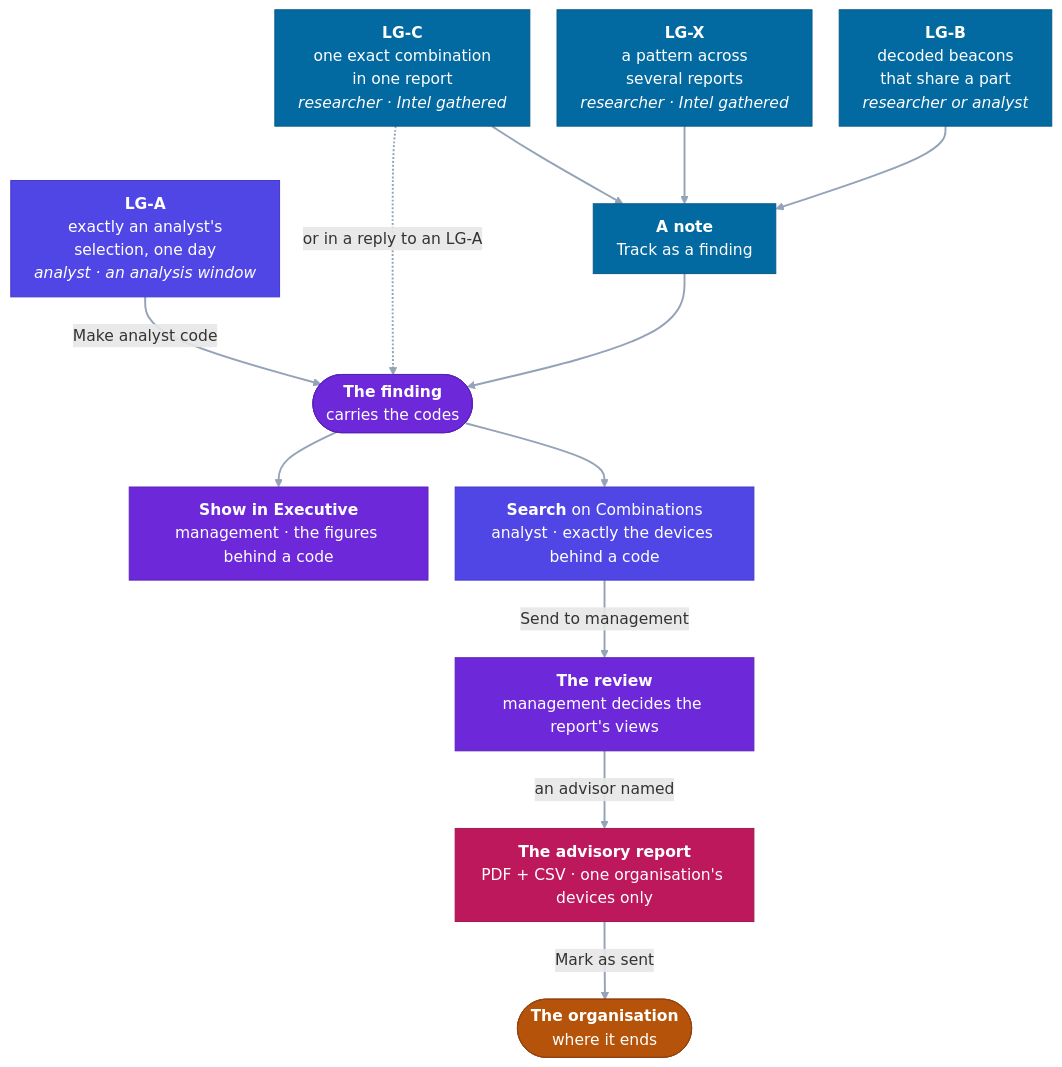
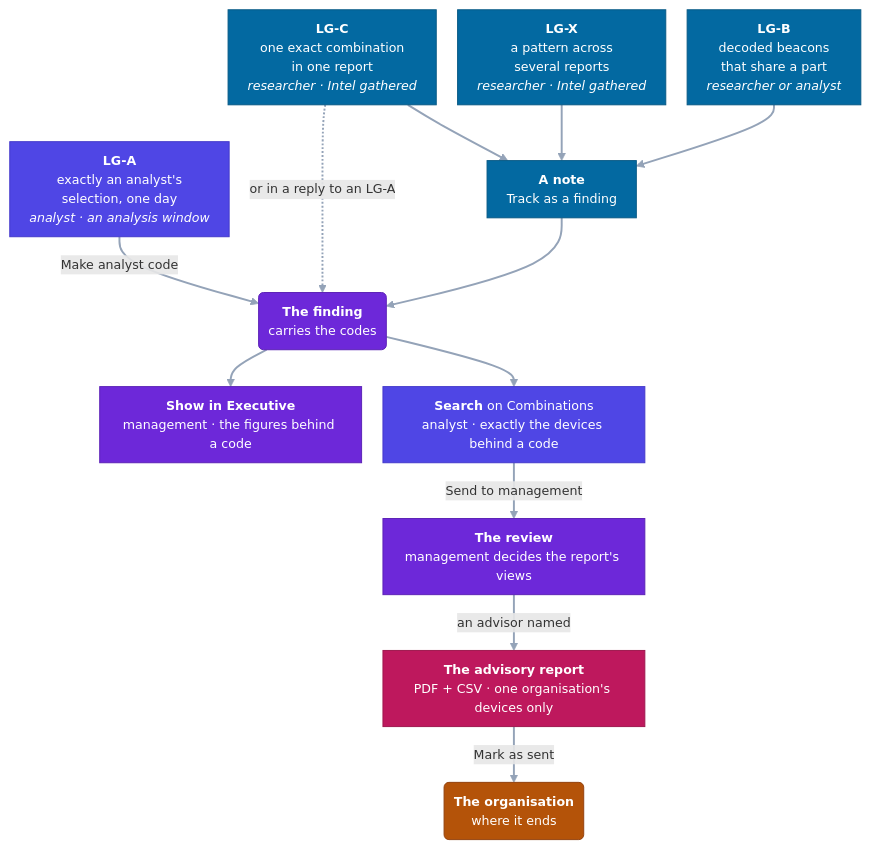
Before and after one commit to anonghosty/looking-glass: the second of 7 diagrams in docs/USE_CASES.md, drawn with Mermaid. The commit also changed other lines of this file and 3 other files, not shown here.

First line of the commit message:
Docs: compact diagrams, and the people as the roles are

````diff
--- a/docs/USE_CASES.md
+++ b/docs/USE_CASES.md
@@ -100,33 +103,33 @@
 ```mermaid
-%%{init: {"flowchart": {"curve": "basis", "nodeSpacing": 28, "rankSpacing": 56, "padding": 12, "wrappingWidth": 260}}}%%
+%%{init: {"themeVariables": {"fontSize": "13px"}, "flowchart": {"curve": "basis", "nodeSpacing": 22, "rankSpacing": 38, "padding": 10, "wrappingWidth": 230}}}%%
 flowchart TD
     CC["<b>LG-C</b><br/>one exact combination<br/>in one report<br/><i>researcher · Intel gathered</i>"]:::research
     CX["<b>LG-X</b><br/>a pattern across<br/>several reports<br/><i>researcher · Intel gathered</i>"]:::research
     CB["<b>LG-B</b><br/>decoded beacons<br/>that share a part<br/><i>researcher or analyst</i>"]:::research
     CA["<b>LG-A</b><br/>exactly an analyst's<br/>selection, one day<br/><i>analyst · an analysis window</i>"]:::analyst
     N["<b>A note</b><br/>Track as a finding"]:::research
-    F(["<b>The finding</b><br/>carries the codes"]):::mgmt
+    F("<b>The finding</b><br/>carries the codes"):::mgmt
     E["<b>Show in Executive</b><br/>management · the figures behind a code"]:::mgmt
     S["<b>Search</b> on Combinations<br/>analyst · exactly the devices behind a code"]:::analyst
     R["<b>The review</b><br/>management decides the report's views"]:::mgmt
     P["<b>The advisory report</b><br/>PDF + CSV · one organisation's devices only"]:::advisor
-    O(["<b>The organisation</b><br/>where it ends"]):::ext
+    O("<b>The organisation</b><br/>where it ends"):::ext
     CC --> N
     CX --> N
     CB --> N
     CA -- "Make analyst code" --> F
     CC -. "or in a reply to an LG-A" .-> F
     N --> F
     F --> E
     F --> S
     S -- "Send to management" --> R
     R -- "an advisor named" --> P
     P -- "Mark as sent" --> O
     classDef research fill:#0369a1,stroke:#075985,color:#fff
     classDef analyst fill:#4f46e5,stroke:#4338ca,color:#fff
     classDef mgmt fill:#6d28d9,stroke:#5b21b6,color:#fff
     classDef advisor fill:#be185d,stroke:#9d174d,color:#fff
     classDef closed fill:#475569,stroke:#334155,color:#fff
     classDef ext fill:#b45309,stroke:#92400e,color:#fff
     linkStyle default stroke:#94a3b8,stroke-width:2px
 ```
````
